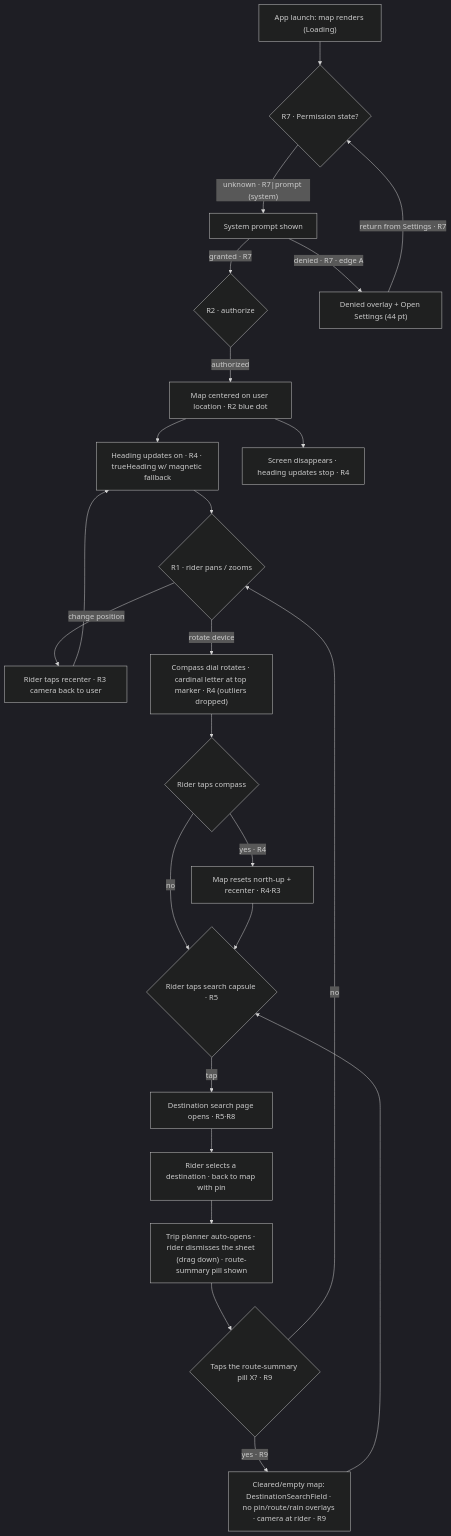
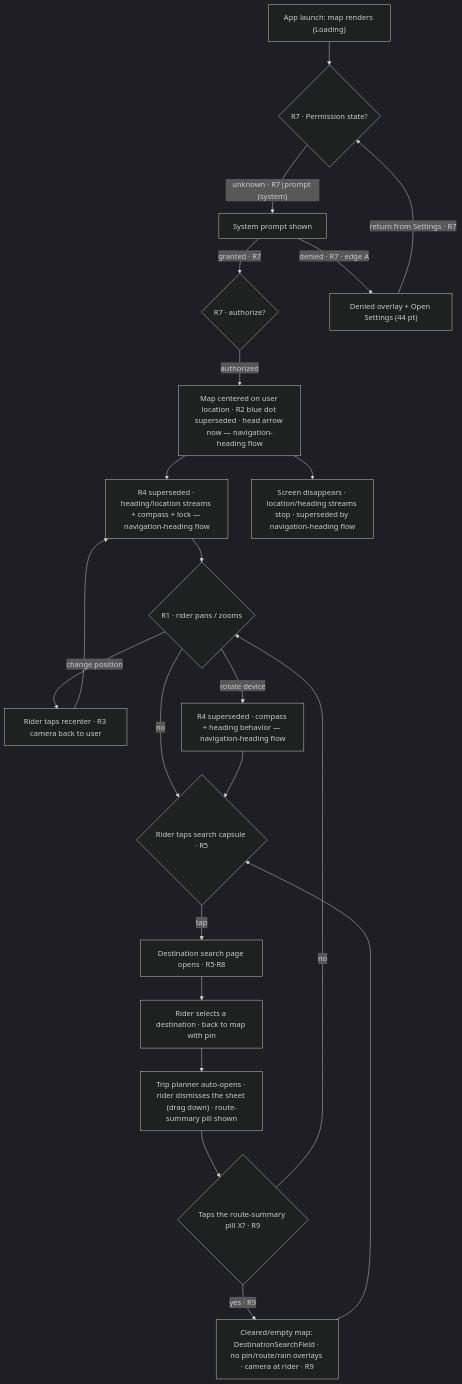
Before and after one commit to jon012906/RainDodger: the diagram in docs/flows/maps-screen.md, drawn with Mermaid (dark theme). The commit also changed other lines of this file and 7 other files, not shown here.

Commit message:
docs: navigation-heading trio, supersede R2/R4

````diff
--- a/docs/flows/maps-screen.md
+++ b/docs/flows/maps-screen.md
@@ -68,26 +71,24 @@
 ```mermaid
 flowchart TD
   A["App launch: map renders (Loading)"] --> B{"R7 · Permission state?"}
   B -->|"unknown · R7|prompt (system)"| C["System prompt shown"]
-  C -->|"granted · R7"| D{"R2 · authorize"}
+  C -->|"granted · R7"| D{"R7 · authorize?"}
   C -->|"denied · R7 · edge A"| E["Denied overlay + Open Settings (44 pt)"]
   E -->|"return from Settings · R7"| B
-  D -->|"authorized"| F["Map centered on user location · R2 blue dot"]
-  F --> G["Heading updates on · R4 · trueHeading w/ magnetic fallback"]
+  D -->|"authorized"| F["Map centered on user location · R2 blue dot superseded · head arrow now — navigation-heading flow"]
+  F --> G["R4 superseded · heading/location streams + compass + lock — navigation-heading flow"]
   G --> H{"R1 · rider pans / zooms"}
   H -->|"change position"| I["Rider taps recenter · R3 camera back to user"]
   I --> G
-  H -->|"rotate device"| L["Compass dial rotates · cardinal letter at top marker · R4 (outliers dropped)"]
-  L --> M{"Rider taps compass"}
-  M -->|"yes · R4"| N["Map resets north-up + recenter · R4·R3"]
-  M -->|"no"| O{"Rider taps search capsule · R5"}
-  N --> O
+  H -->|"rotate device"| R4X["R4 superseded · compass + heading behavior — navigation-heading flow"]
+  H -->|"no"| O{"Rider taps search capsule · R5"}
+  R4X --> O
   O -->|"tap"| P["Destination search page opens · R5·R8"]
   P --> Q["Rider selects a destination · back to map with pin"]
   Q --> QD["Trip planner auto-opens · rider dismisses the sheet (drag down) · route-summary pill shown"]
   QD --> CLR{"Taps the route-summary pill X? · R9"}
   CLR -->|"yes · R9"| CLS["Cleared/empty map: DestinationSearchField · no pin/route/rain overlays · camera at rider · R9"]
   CLS --> O
   CLR -->|"no"| H
-  F --> R["Screen disappears · heading updates stop · R4"]
+  F --> R["Screen disappears · location/heading streams stop · superseded by navigation-heading flow"]
 ```
````
